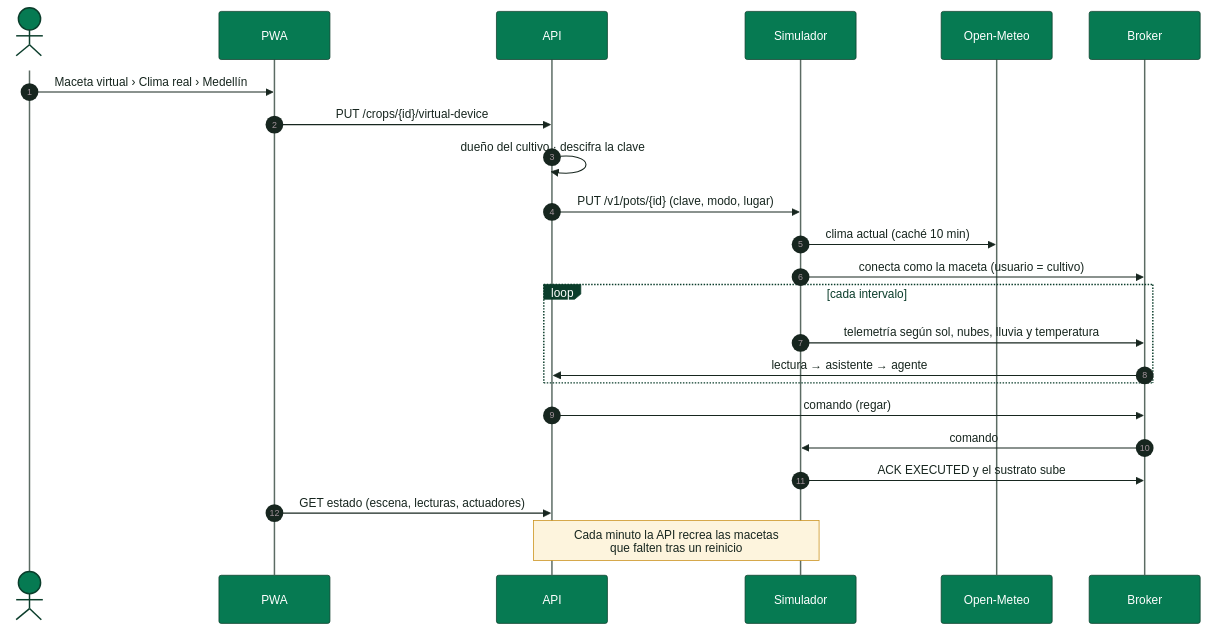
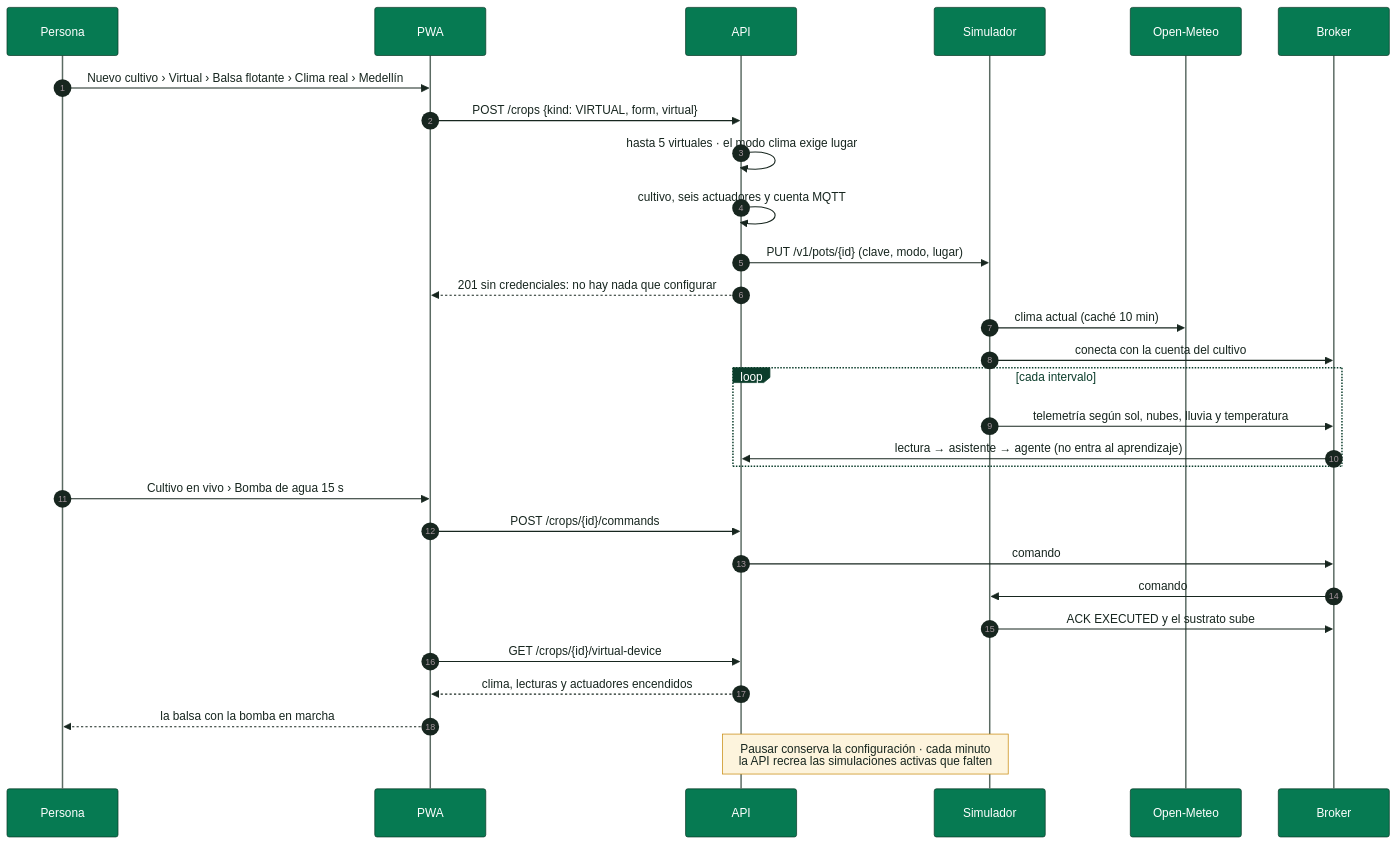
Before and after one commit to SmartPotTech/.github: the diagram in docs/diagrams/SmartPot_15_Virtual_Crop_Sequence.mmd, drawn with Mermaid.

Commit message:
Describe creating a virtual crop in its sequence

```diff
--- a/docs/diagrams/SmartPot_15_Virtual_Crop_Sequence.mmd
+++ b/docs/diagrams/SmartPot_15_Virtual_Crop_Sequence.mmd
@@ -1,24 +1,30 @@
 %%{init: {"theme": "base", "fontFamily": "Segoe UI, Arial, sans-serif", "themeVariables": {"fontFamily": "Segoe UI, Arial, sans-serif", "fontSize": "15px", "primaryColor": "#DDF5EA", "primaryTextColor": "#17261F", "primaryBorderColor": "#067A52", "secondaryColor": "#E3F2FB", "secondaryTextColor": "#17261F", "secondaryBorderColor": "#1F6FA0", "tertiaryColor": "#F2F7F4", "tertiaryTextColor": "#17261F", "tertiaryBorderColor": "#D5E3DC", "lineColor": "#5B6B63", "textColor": "#17261F", "mainBkg": "#DDF5EA", "nodeBorder": "#067A52", "clusterBkg": "#F7FAF8", "clusterBorder": "#D5E3DC", "edgeLabelBackground": "#FFFFFF", "actorBkg": "#067A52", "actorBorder": "#0B3D2B", "actorTextColor": "#FFFFFF", "actorLineColor": "#5B6B63", "signalColor": "#17261F", "signalTextColor": "#17261F", "labelBoxBkgColor": "#0B3D2B", "labelBoxBorderColor": "#0B3D2B", "labelTextColor": "#FFFFFF", "loopTextColor": "#0B3D2B", "noteBkgColor": "#FDF4DD", "noteBorderColor": "#C98D12", "noteTextColor": "#17261F", "activationBkgColor": "#DDF5EA", "activationBorderColor": "#067A52", "attributeBackgroundColorOdd": "#FFFFFF", "attributeBackgroundColorEven": "#F2F7F4"}}}%%
 sequenceDiagram
   autonumber
-  actor P as Persona
+  participant P as Persona
   participant W as PWA
   participant A as API
   participant S as Simulador
   participant O as Open-Meteo
   participant B as Broker
-  P->>W: Maceta virtual › Clima real › Medellín
-  W->>A: PUT /crops/{id}/virtual-device
-  A->>A: dueño del cultivo · descifra la clave
+  P->>W: Nuevo cultivo › Virtual › Balsa flotante › Clima real › Medellín
+  W->>A: POST /crops {kind: VIRTUAL, form, virtual}
+  A->>A: hasta 5 virtuales · el modo clima exige lugar
+  A->>A: cultivo, seis actuadores y cuenta MQTT
   A->>S: PUT /v1/pots/{id} (clave, modo, lugar)
+  A-->>W: 201 sin credenciales: no hay nada que configurar
   S->>O: clima actual (caché 10 min)
-  S->>B: conecta como la maceta (usuario = cultivo)
+  S->>B: conecta con la cuenta del cultivo
   loop cada intervalo
     S->>B: telemetría según sol, nubes, lluvia y temperatura
-    B->>A: lectura → asistente → agente
+    B->>A: lectura → asistente → agente (no entra al aprendizaje)
   end
-  A->>B: comando (regar)
+  P->>W: Cultivo en vivo › Bomba de agua 15 s
+  W->>A: POST /crops/{id}/commands
+  A->>B: comando
   B->>S: comando
   S->>B: ACK EXECUTED y el sustrato sube
-  W->>A: GET estado (escena, lecturas, actuadores)
-  Note over A,S: Cada minuto la API recrea las macetas<br/>que falten tras un reinicio
+  W->>A: GET /crops/{id}/virtual-device
+  A-->>W: clima, lecturas y actuadores encendidos
+  W-->>P: la balsa con la bomba en marcha
+  Note over A,S: Pausar conserva la configuración · cada minuto<br/>la API recrea las simulaciones activas que falten
```
